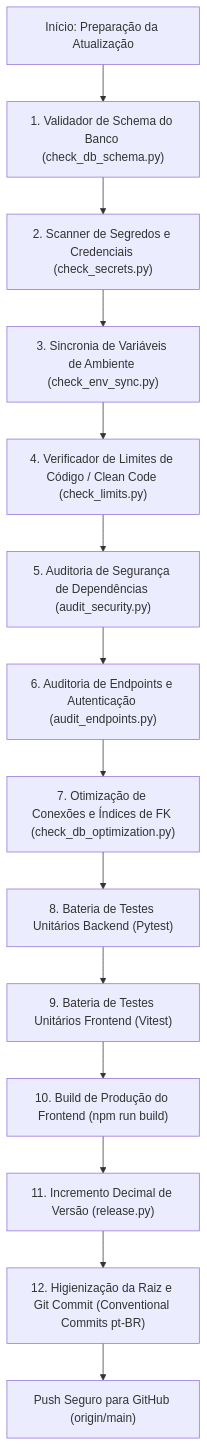
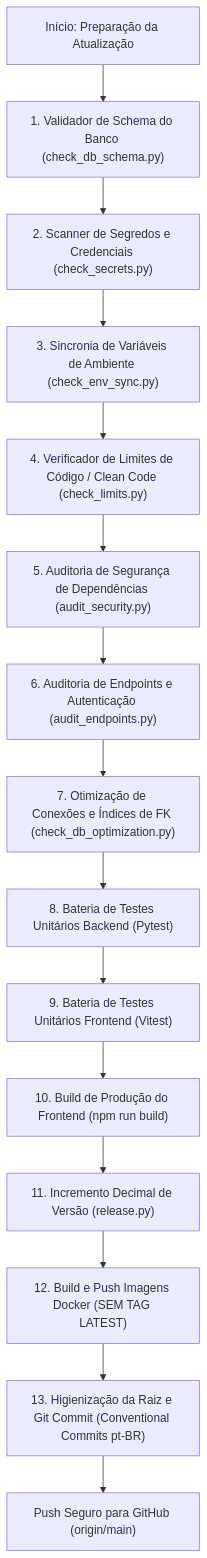
The diagram in Arquivos/AUTOMACOES_PRE_PUSH_GITHUB.md (aryarajalves/NexusChat), drawn with Mermaid before and after one commit. The commit also changed 4 other files, not shown here.

First line of the commit message:
chore: adicionar build e push de imagens docker v1.1.1

````diff
--- a/Arquivos/AUTOMACOES_PRE_PUSH_GITHUB.md
+++ b/Arquivos/AUTOMACOES_PRE_PUSH_GITHUB.md
@@ -11,16 +11,17 @@
 ```mermaid
 flowchart TD
     A["Início: Preparação da Atualização"] --> B["1. Validador de Schema do Banco (check_db_schema.py)"]
     B --> C["2. Scanner de Segredos e Credenciais (check_secrets.py)"]
     C --> D["3. Sincronia de Variáveis de Ambiente (check_env_sync.py)"]
     D --> E["4. Verificador de Limites de Código / Clean Code (check_limits.py)"]
     E --> F["5. Auditoria de Segurança de Dependências (audit_security.py)"]
     F --> G["6. Auditoria de Endpoints e Autenticação (audit_endpoints.py)"]
     G --> H["7. Otimização de Conexões e Índices de FK (check_db_optimization.py)"]
     H --> I["8. Bateria de Testes Unitários Backend (Pytest)"]
     I --> J["9. Bateria de Testes Unitários Frontend (Vitest)"]
     J --> K["10. Build de Produção do Frontend (npm run build)"]
     K --> L["11. Incremento Decimal de Versão (release.py)"]
-    L --> M["12. Higienização da Raiz e Git Commit (Conventional Commits pt-BR)"]
-    M --> N["Push Seguro para GitHub (origin/main)"]
+    L --> M["12. Build e Push Imagens Docker (SEM TAG LATEST)"]
+    M --> N["13. Higienização da Raiz e Git Commit (Conventional Commits pt-BR)"]
+    N --> O["Push Seguro para GitHub (origin/main)"]
 ```
````
